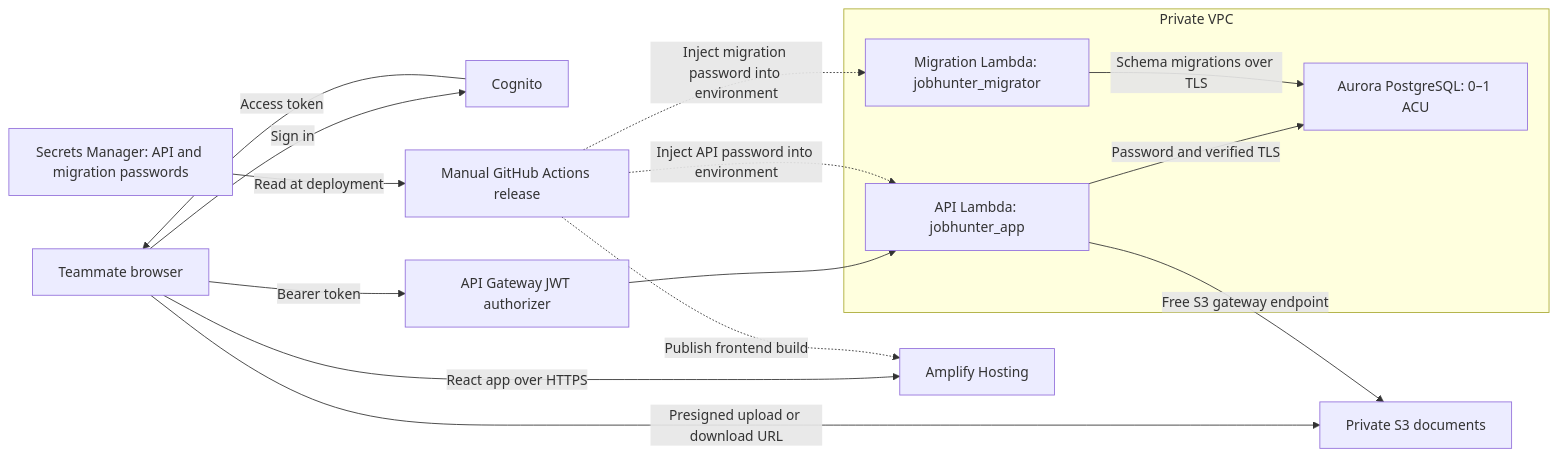
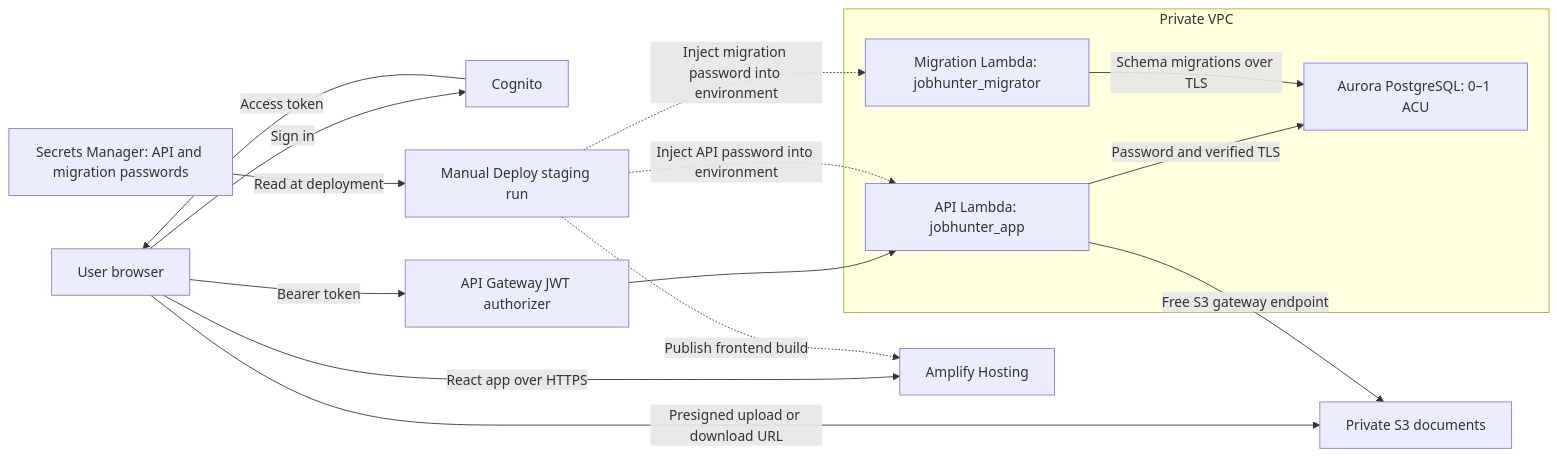
Before and after one commit to tjsandrew/job-hunter: the diagram in docs/deployment/README.md, drawn with Mermaid. The commit also changed other lines of this file and 49 other files, not shown here.

````diff
--- a/docs/deployment/README.md
+++ b/docs/deployment/README.md
@@ -7,20 +7,20 @@
 ```mermaid
 flowchart LR
-    Browser[Teammate browser] -->|React app over HTTPS| Web[Amplify Hosting]
+    Browser[User browser] -->|React app over HTTPS| Web[Amplify Hosting]
     Browser -->|Sign in| Auth[Cognito]
     Auth -->|Access token| Browser
     Browser -->|Bearer token| Gateway[API Gateway JWT authorizer]
     Gateway --> API
     Browser -->|Presigned upload or download URL| Files[Private S3 documents]
 
     subgraph Private[Private VPC]
         API[API Lambda: jobhunter_app] -->|Password and verified TLS| DB[Aurora PostgreSQL: 0–1 ACU]
         Migration[Migration Lambda: jobhunter_migrator] -->|Schema migrations over TLS| DB
     end
     API -->|Free S3 gateway endpoint| Files
 
-    Secrets[Secrets Manager: API and migration passwords] -->|Read at deployment| Release[Manual GitHub Actions release]
+    Secrets[Secrets Manager: API and migration passwords] -->|Read at deployment| Release[Manual Deploy staging run]
     Release -.->|Inject API password into environment| API
     Release -.->|Inject migration password into environment| Migration
     Release -.->|Publish frontend build| Web
 ```
````
